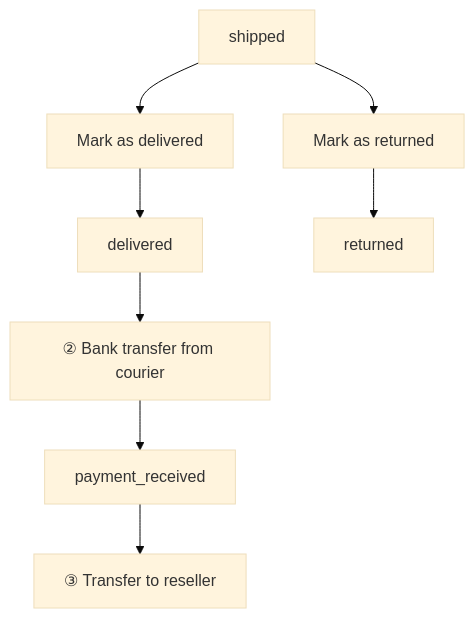
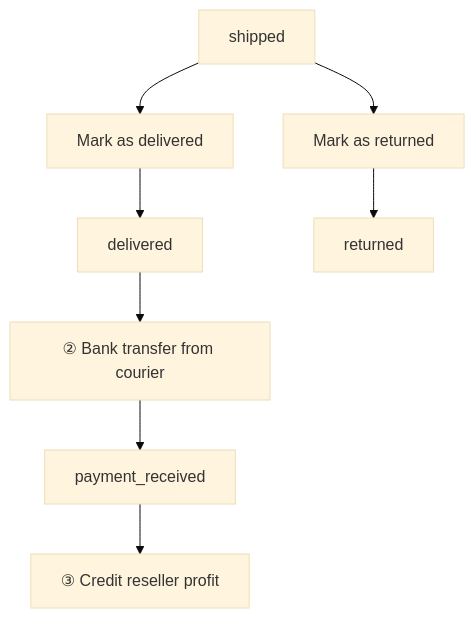
One commit to david-git-2/brandwala-wholesale-quasar-v2 changed the second of 4 diagrams in doc/shop_order/DROPSHIP_MANAGEMENT.md. Above: the diagram before and after it, drawn with Mermaid (base theme). The commit also changed other lines of this file and 12 other files, not shown here.

````diff
--- a/doc/shop_order/DROPSHIP_MANAGEMENT.md
+++ b/doc/shop_order/DROPSHIP_MANAGEMENT.md
@@ -310,10 +310,10 @@
 ```mermaid
 flowchart TD
     S["shipped"] --> D["Mark as delivered"]
     S --> R["Mark as returned"]
     D --> C["delivered"]
     C --> B["② Bank transfer from courier"]
     B --> E["payment_received"]
-    E --> F["③ Transfer to reseller"]
+    E --> F["③ Credit reseller profit"]
     R --> X["returned"]
 ```
````
